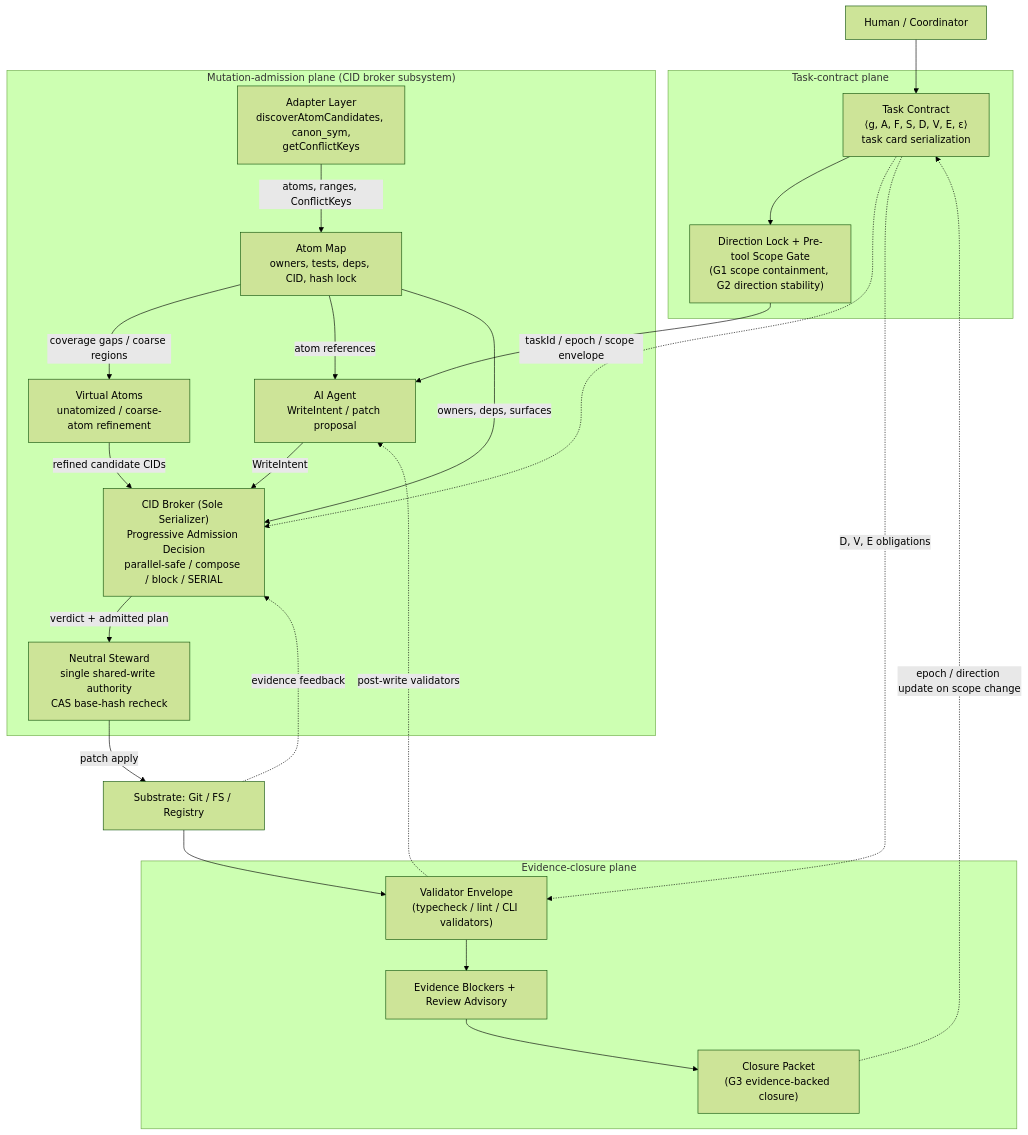
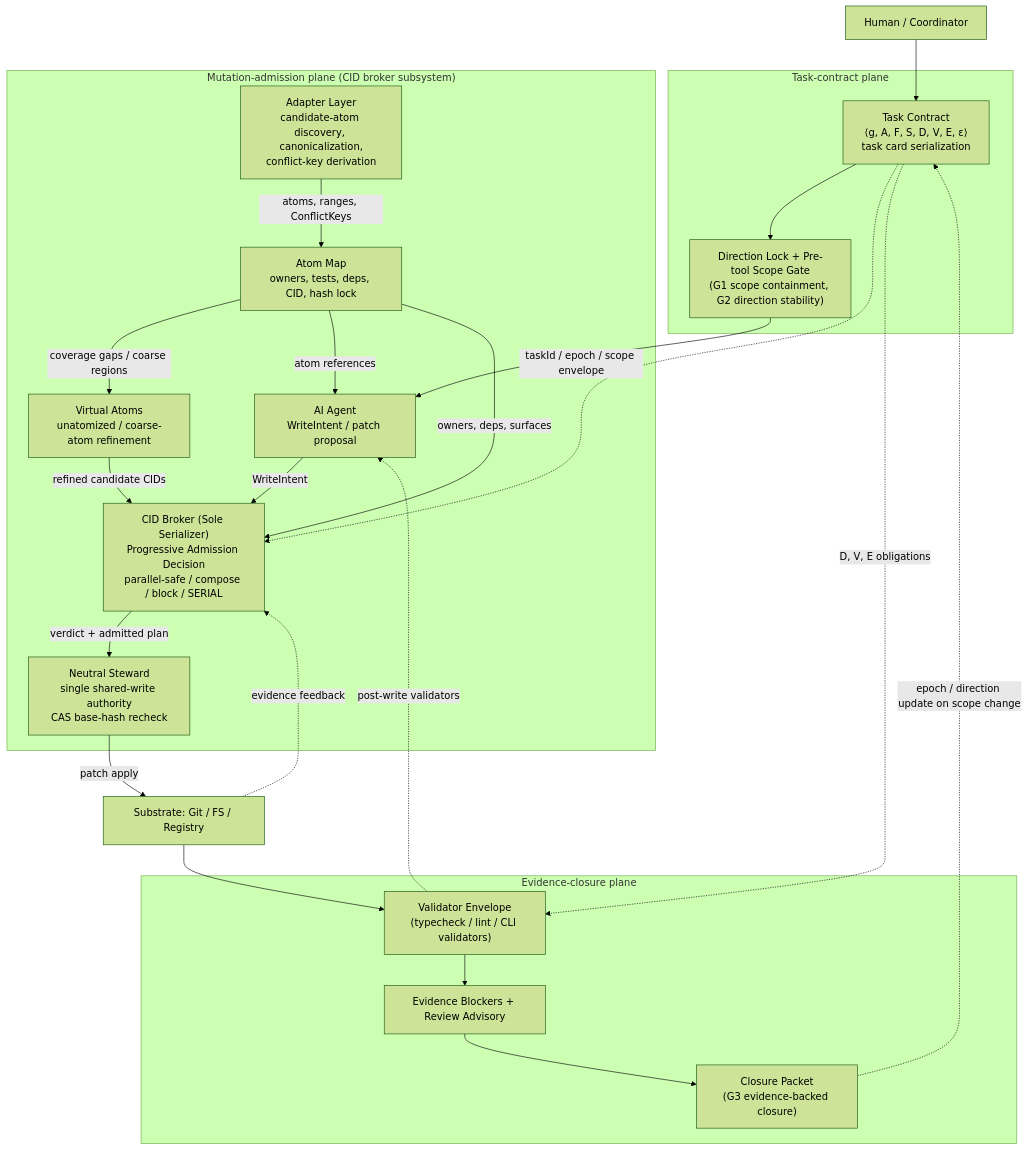
Before and after one commit to eaglhuang/3klife: the first of 4 diagrams in docs/ai_atomic_framework/arxiv-paper-v1/paper.v3.1.en.md, drawn with Mermaid (forest theme). The commit also changed other lines of this file and 2 other files, not shown here.

````diff
--- a/docs/ai_atomic_framework/arxiv-paper-v1/paper.v3.1.en.md
+++ b/docs/ai_atomic_framework/arxiv-paper-v1/paper.v3.1.en.md
@@ -186,46 +186,46 @@
 ```mermaid
 flowchart TB
     HU["Human / Coordinator"]
 
     subgraph TC["Task-contract plane"]
         T["Task Contract<br/>⟨g, A, F, S, D, V, E, ε⟩<br/>task card serialization"]
         DL["Direction Lock + Pre-tool Scope Gate<br/>(G1 scope containment, G2 direction stability)"]
     end
 
     subgraph MA["Mutation-admission plane (CID broker subsystem)"]
         AG["AI Agent<br/>WriteIntent / patch proposal"]
-        ADAP["Adapter Layer<br/>discoverAtomCandidates, canon_sym,<br/>getConflictKeys"]
+        ADAP["Adapter Layer<br/>candidate-atom discovery, canonicalization,<br/>conflict-key derivation"]
         AM["Atom Map<br/>owners, tests, deps, CID, hash lock"]
         VA["Virtual Atoms<br/>unatomized / coarse-atom refinement"]
         B["CID Broker (Sole Serializer)<br/>Progressive Admission Decision<br/>parallel-safe / compose / block / SERIAL"]
         ST["Neutral Steward<br/>single shared-write authority<br/>CAS base-hash recheck"]
     end
 
     subgraph EC["Evidence-closure plane"]
         VE["Validator Envelope<br/>(typecheck / lint / CLI validators)"]
         EB["Evidence Blockers + Review Advisory"]
         CP["Closure Packet<br/>(G3 evidence-backed closure)"]
     end
 
     SUB["Substrate: Git / FS / Registry"]
 
     HU --> T
     T --> DL
     T -. "taskId / epoch / scope envelope" .-> B
     T -. "D, V, E obligations" .-> VE
     DL --> AG
     ADAP -- "atoms, ranges, ConflictKeys" --> AM
     AM -- "coverage gaps / coarse regions" --> VA
     AM -- "atom references" --> AG
     AG -- "WriteIntent" --> B
     VA -- "refined candidate CIDs" --> B
     AM -- "owners, deps, surfaces" --> B
     B -- "verdict + admitted plan" --> ST
     ST -- "patch apply" --> SUB
     SUB --> VE
     VE --> EB
     EB --> CP
     SUB -. "evidence feedback" .-> B
     VE -. "post-write validators" .-> AG
     CP -. "epoch / direction update on scope change" .-> T
 ```
````
